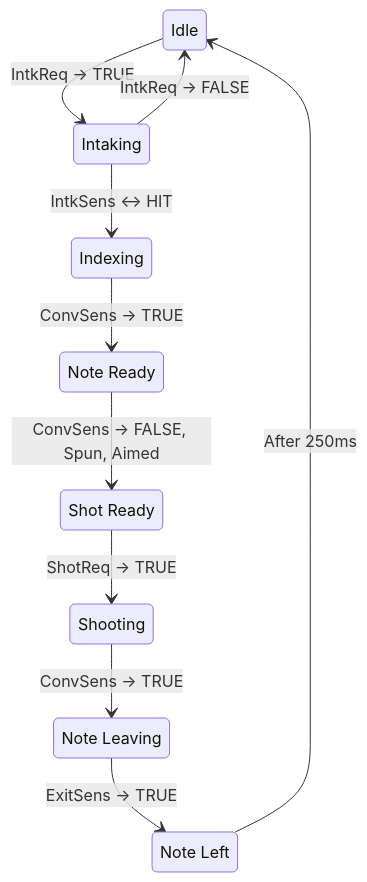
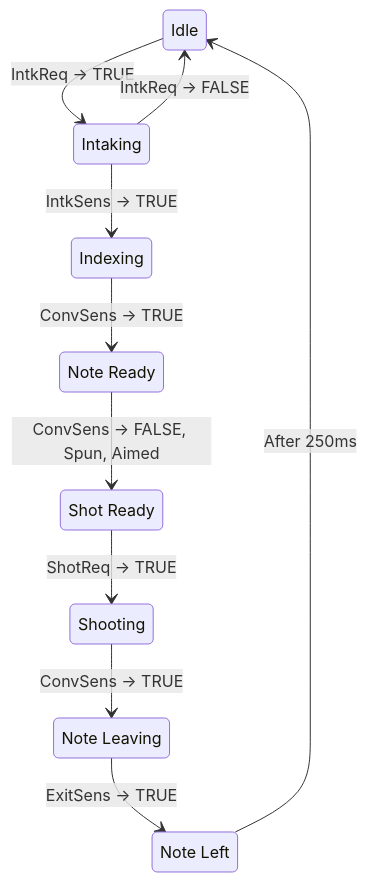
One commit to WaltonRobotics/Crescendo changed the diagram in docs/superstructure.md. Above: the diagram before and after it, drawn with Mermaid. The commit also changed other lines of this file, not shown here.

````diff
--- a/docs/superstructure.md
+++ b/docs/superstructure.md
@@ -21,22 +24,22 @@
 ```mermaid
 stateDiagram-v2
   state "Idle" as s1
   state "Intaking" as s2
   state "Indexing" as s3
   state "Note Ready" as s4
   state "Shot Ready" as s5
   state "Shooting" as s6
   state "Note Leaving" as s7
   state "Note Left" as s8
 
   s1 --> s2: IntkReq -> TRUE
   s2 --> s1: IntkReq -> FALSE
-  s2 --> s3: IntkSens <-> HIT
+  s2 --> s3: IntkSens -> TRUE
   s3 --> s4: ConvSens -> TRUE
   s4 --> s5: ConvSens -> FALSE, Spun, Aimed
   s5 --> s6: ShotReq -> TRUE
   s6 --> s7: ConvSens -> TRUE
   s7 --> s8: ExitSens -> TRUE
   s8 --> s1: After 250ms
 
 ```
````
